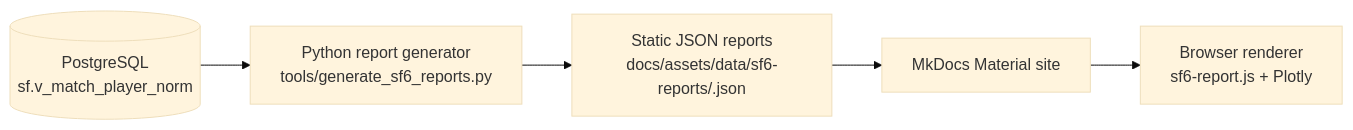
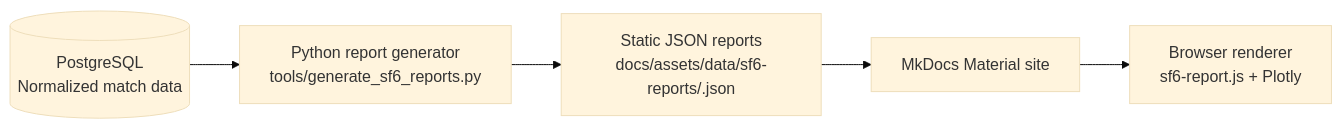
One commit to zach-king-analytics/personal_site changed the diagram in docs/work/sf6/index.md. Above: the diagram before and after it, drawn with Mermaid (base theme). The commit also changed other lines of this file and 31 other files, not shown here.

````diff
--- a/docs/work/sf6/index.md
+++ b/docs/work/sf6/index.md
@@ -38,7 +39,7 @@
 ```mermaid
 flowchart LR
-  A[(PostgreSQL<br/>sf.v_match_player_norm)] --> B[Python report generator<br/>tools/generate_sf6_reports.py]
+  A[(PostgreSQL<br/>Normalized match data)] --> B[Python report generator<br/>tools/generate_sf6_reports.py]
   B --> C[Static JSON reports<br/>docs/assets/data/sf6-reports/<cfn>.json]
   C --> D[MkDocs Material site]
   D --> E[Browser renderer<br/>sf6-report.js + Plotly]
 ```
````
